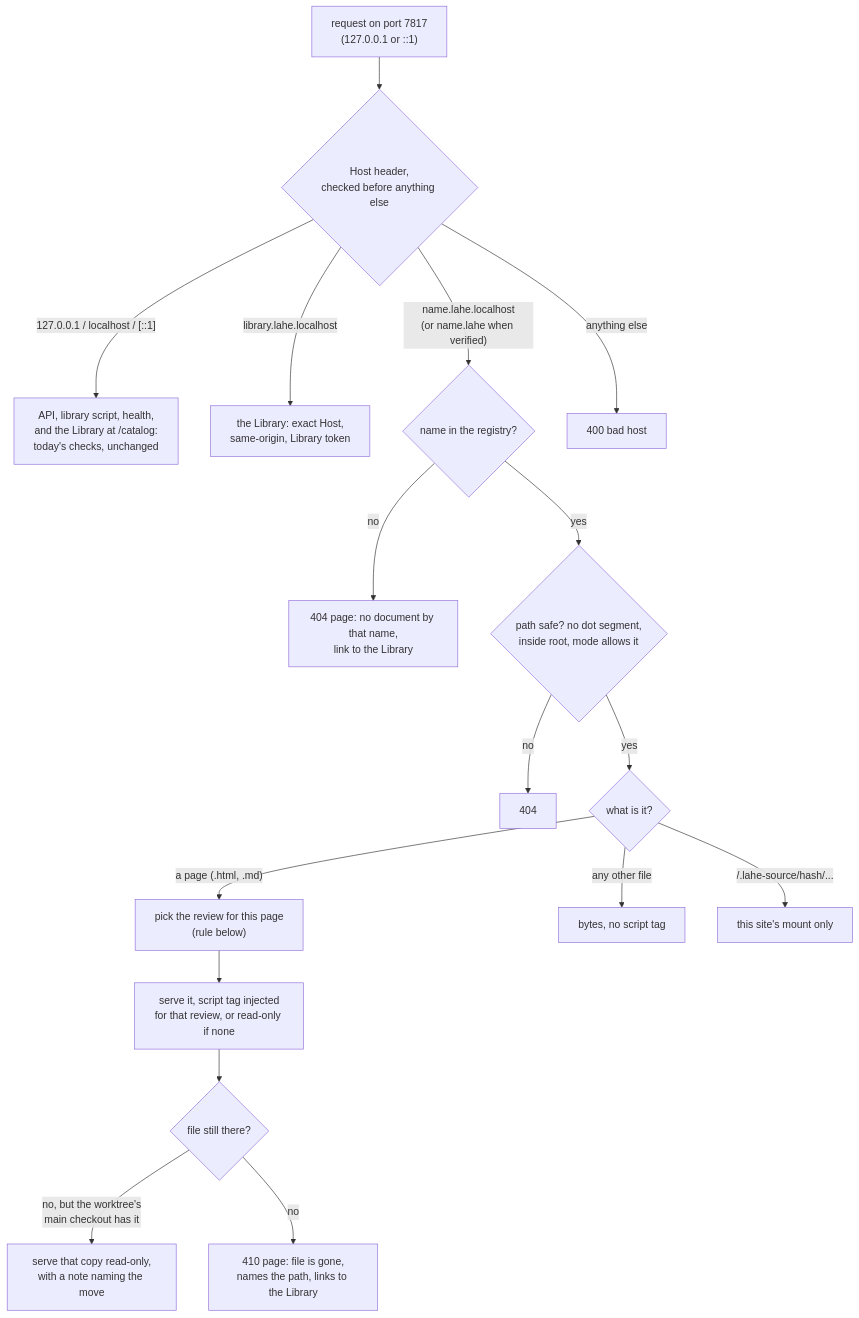
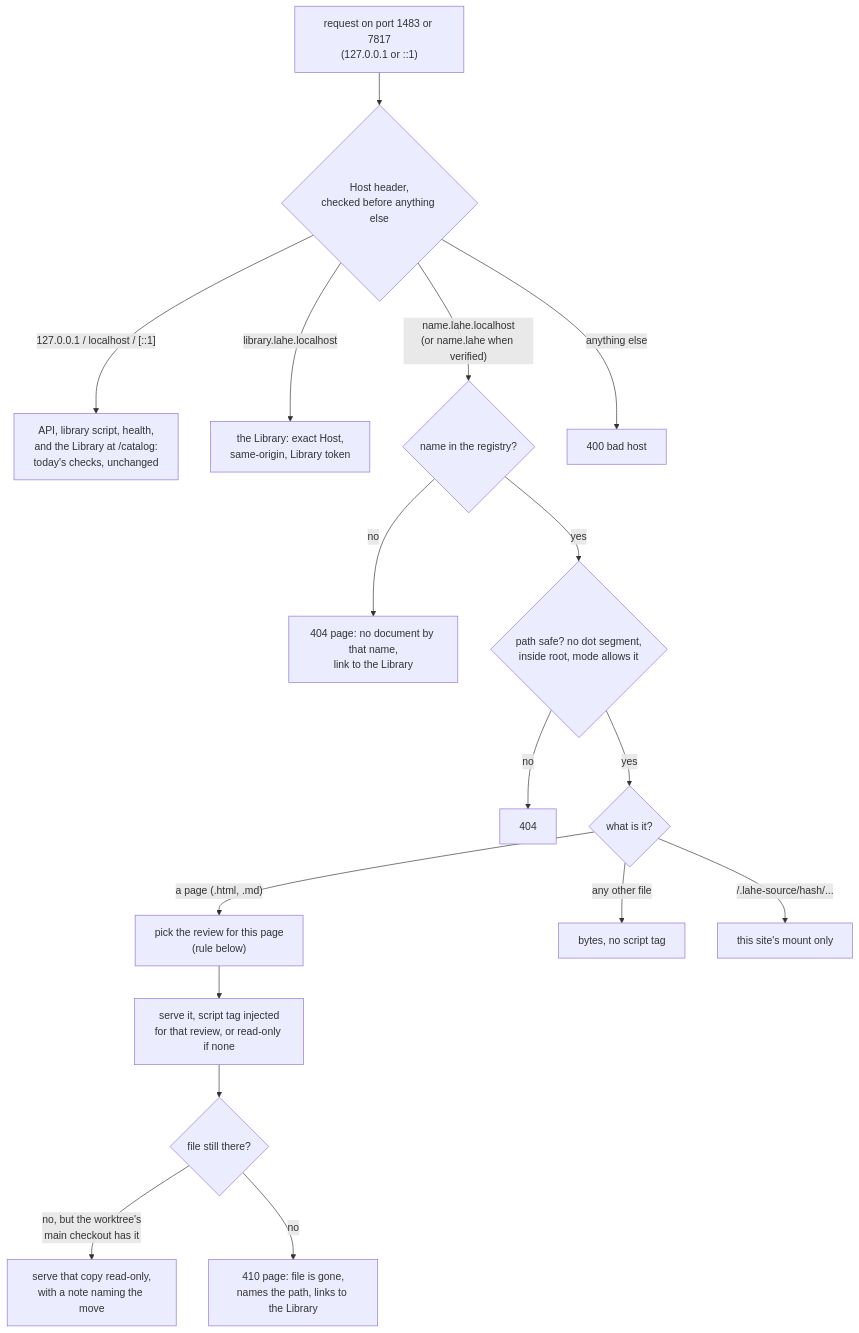
One commit to kenxle/live-agentic-html-editor changed the first of 3 diagrams in docs/features/20261011.02_stable_addresses/02_architecture_stable_addresses.md. Above: the diagram before and after it, drawn with Mermaid. The commit also changed other lines of this file and 8 other files, not shown here.

````diff
--- a/docs/features/20261011.02_stable_addresses/02_architecture_stable_addresses.md
+++ b/docs/features/20261011.02_stable_addresses/02_architecture_stable_addresses.md
@@ -92,19 +92,19 @@
 ```mermaid
 flowchart TD
-    Req["request on port 7817<br/>(127.0.0.1 or ::1)"] --> Host{"Host header,<br/>checked before anything else"}
+    Req["request on port 1483 or 7817<br/>(127.0.0.1 or ::1)"] --> Host{"Host header,<br/>checked before anything else"}
     Host -->|"127.0.0.1 / localhost / [::1]"| Api["API, library script, health,<br/>and the Library at /catalog:<br/>today's checks, unchanged"]
     Host -->|"library.lahe.localhost"| Cat["the Library: exact Host,<br/>same-origin, Library token"]
     Host -->|"name.lahe.localhost<br/>(or name.lahe when verified)"| Known{"name in the registry?"}
     Host -->|"anything else"| Bad["400 bad host"]
     Known -->|"no"| Unknown["404 page: no document by that name,<br/>link to the Library"]
     Known -->|"yes"| Safe{"path safe? no dot segment,<br/>inside root, mode allows it"}
     Safe -->|"no"| NotFound["404"]
     Safe -->|"yes"| Kind{"what is it?"}
     Kind -->|"a page (.html, .md)"| Pick["pick the review for this page<br/>(rule below)"]
     Pick --> Serve["serve it, script tag injected<br/>for that review, or read-only if none"]
     Kind -->|"any other file"| Asset["bytes, no script tag"]
     Kind -->|"/.lahe-source/hash/..."| Mount["this site's mount only"]
     Serve --> Gone{"file still there?"}
     Gone -->|"no, but the worktree's<br/>main checkout has it"| ReadOnly["serve that copy read-only,<br/>with a note naming the move"]
     Gone -->|"no"| GonePage["410 page: file is gone,<br/>names the path, links to the Library"]
 ```
````
